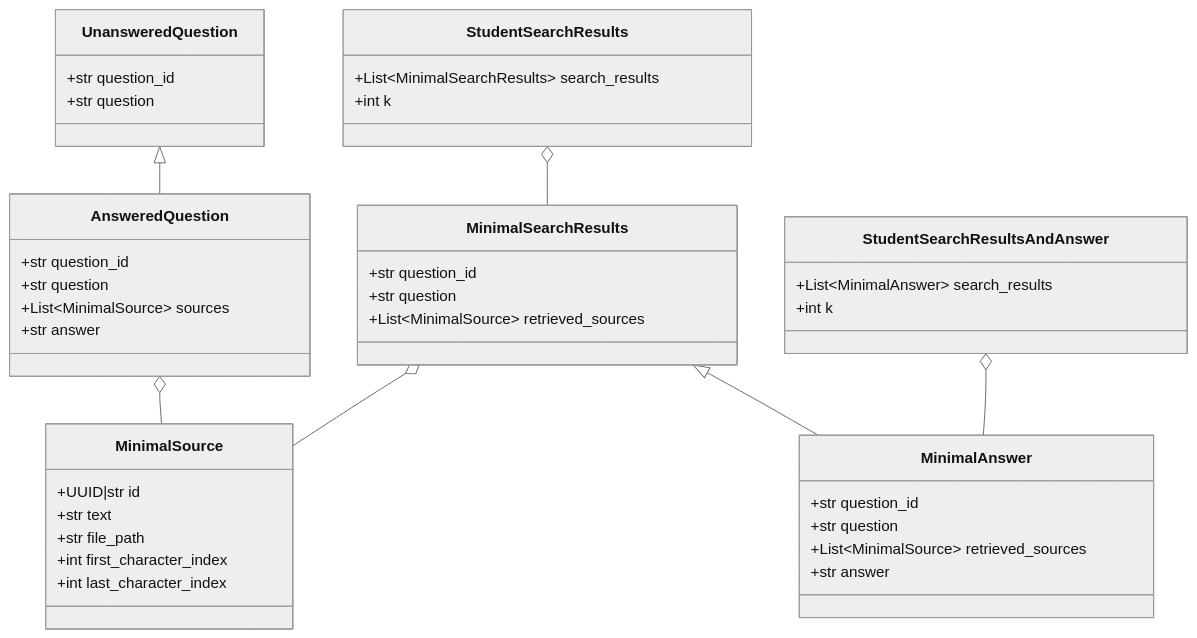
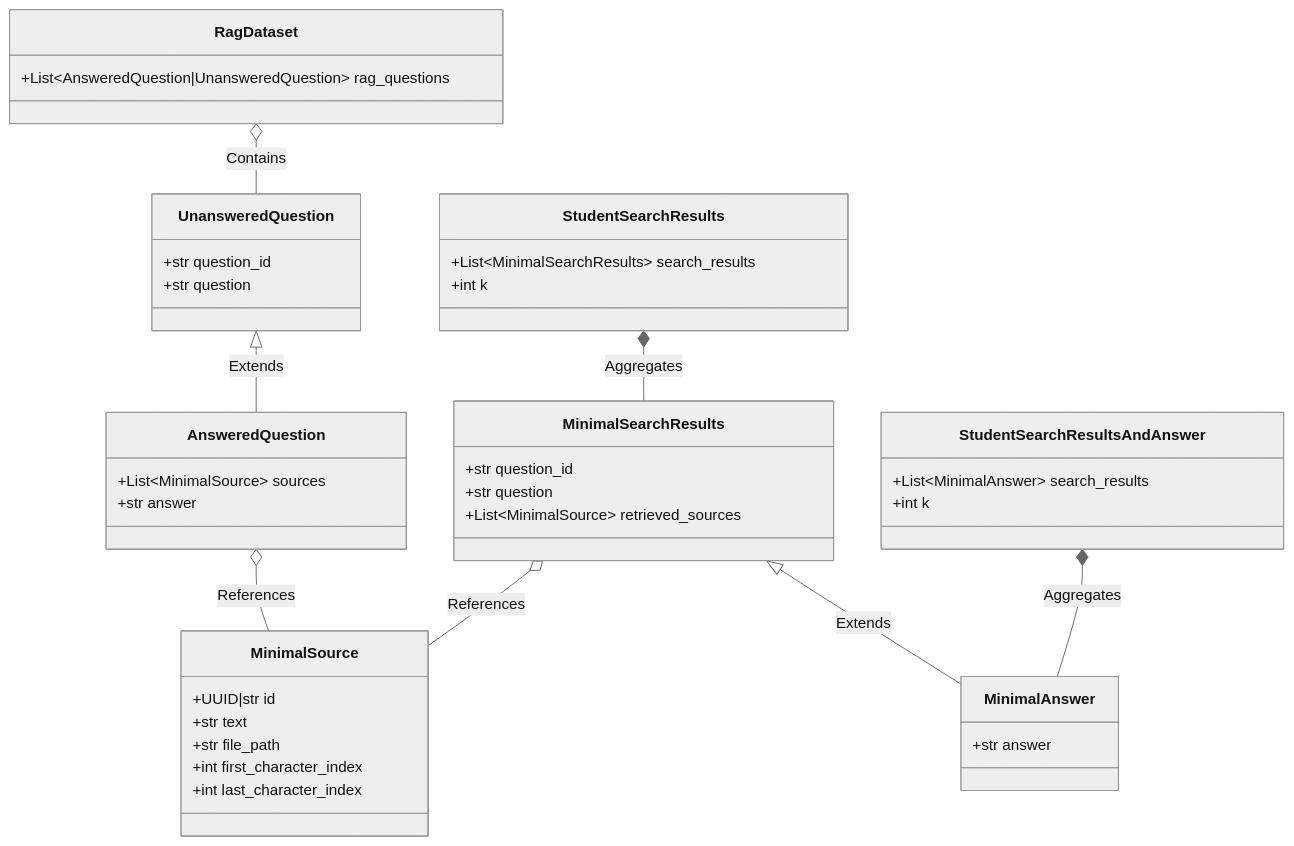
Before and after one commit to Yahyaoui7/42_RAG: the second of 8 diagrams in docs/ARCHITECTURE.md, drawn with Mermaid (neutral theme). The commit also changed other lines of this file and 1 other file, not shown here.

Commit message:
add the architecture file to explain the project

````diff
--- a/docs/ARCHITECTURE.md
+++ b/docs/ARCHITECTURE.md
@@ -96,52 +144,52 @@
 ```mermaid
 classDiagram
     class MinimalSource {
         +UUID|str id
         +str text
         +str file_path
         +int first_character_index
         +int last_character_index
     }
 
     class UnansweredQuestion {
         +str question_id
         +str question
     }
 
     class AnsweredQuestion {
-        +str question_id
-        +str question
         +List~MinimalSource~ sources
         +str answer
     }
 
     class MinimalSearchResults {
         +str question_id
         +str question
         +List~MinimalSource~ retrieved_sources
     }
 
     class MinimalAnswer {
-        +str question_id
-        +str question
-        +List~MinimalSource~ retrieved_sources
         +str answer
     }
 
     class StudentSearchResults {
         +List~MinimalSearchResults~ search_results
         +int k
     }
 
     class StudentSearchResultsAndAnswer {
         +List~MinimalAnswer~ search_results
         +int k
     }
 
-    UnansweredQuestion <|-- AnsweredQuestion
-    MinimalSearchResults <|-- MinimalAnswer
-    StudentSearchResults o-- MinimalSearchResults
-    StudentSearchResultsAndAnswer o-- MinimalAnswer
-    MinimalSearchResults o-- MinimalSource
-    AnsweredQuestion o-- MinimalSource
+    class RagDataset {
+        +List~AnsweredQuestion|UnansweredQuestion~ rag_questions
+    }
+
+    UnansweredQuestion <|-- AnsweredQuestion : Extends
+    MinimalSearchResults <|-- MinimalAnswer : Extends
+    StudentSearchResults *-- MinimalSearchResults : Aggregates
+    StudentSearchResultsAndAnswer *-- MinimalAnswer : Aggregates
+    MinimalSearchResults o-- MinimalSource : References
+    AnsweredQuestion o-- MinimalSource : References
+    RagDataset o-- UnansweredQuestion : Contains
 ```
````
